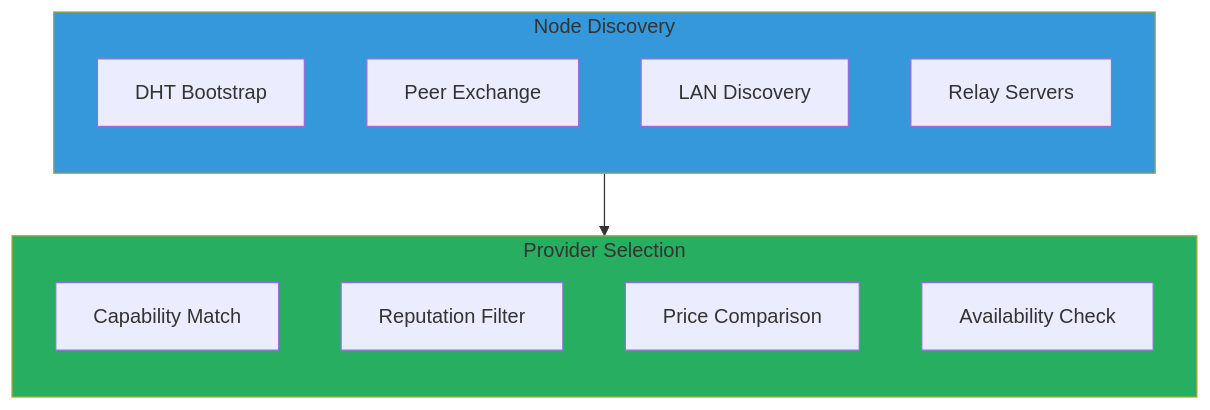
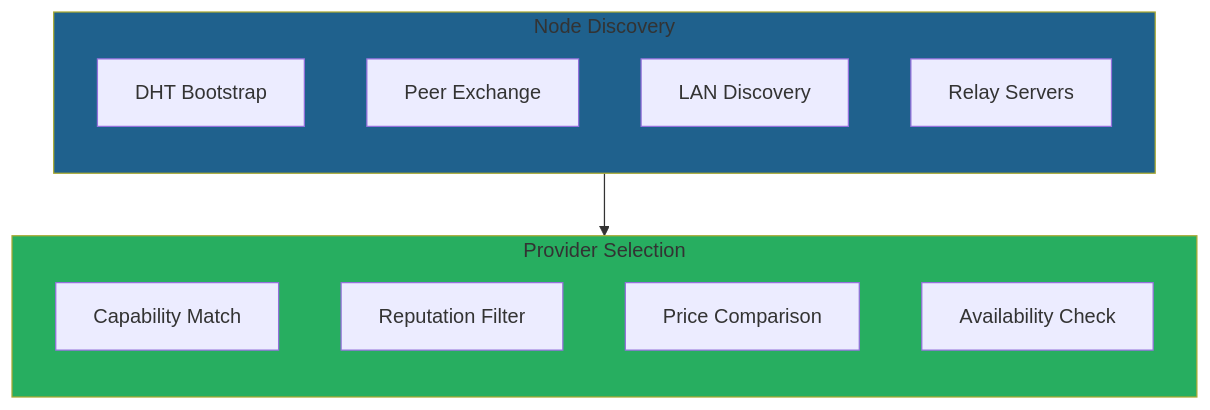
Before and after one commit to CipherOcto/cipherocto: the seventh of 10 diagrams in docs/03-technology/system-architecture.md, drawn with Mermaid. The commit also changed other lines of this file and 13 other files, not shown here.

First line of the commit message:
Improve Mermaid diagram accessibility: Fix color contrast

````diff
--- a/docs/03-technology/system-architecture.md
+++ b/docs/03-technology/system-architecture.md
@@ -244,23 +244,23 @@
 ```mermaid
 graph TB
     subgraph DISCOVERY["Node Discovery"]
         direction TB
         D1[DHT Bootstrap]
         D2[Peer Exchange]
         D3[LAN Discovery]
         D4[Relay Servers]
     end
 
     subgraph SELECTION["Provider Selection"]
         direction TB
         S1[Capability Match]
         S2[Reputation Filter]
         S3[Price Comparison]
         S4[Availability Check]
     end
 
     DISCOVERY --> SELECTION
 
-    style DISCOVERY fill:#3498db
+    style DISCOVERY fill:#1f618d
     style SELECTION fill:#27ae60
 ```
````
